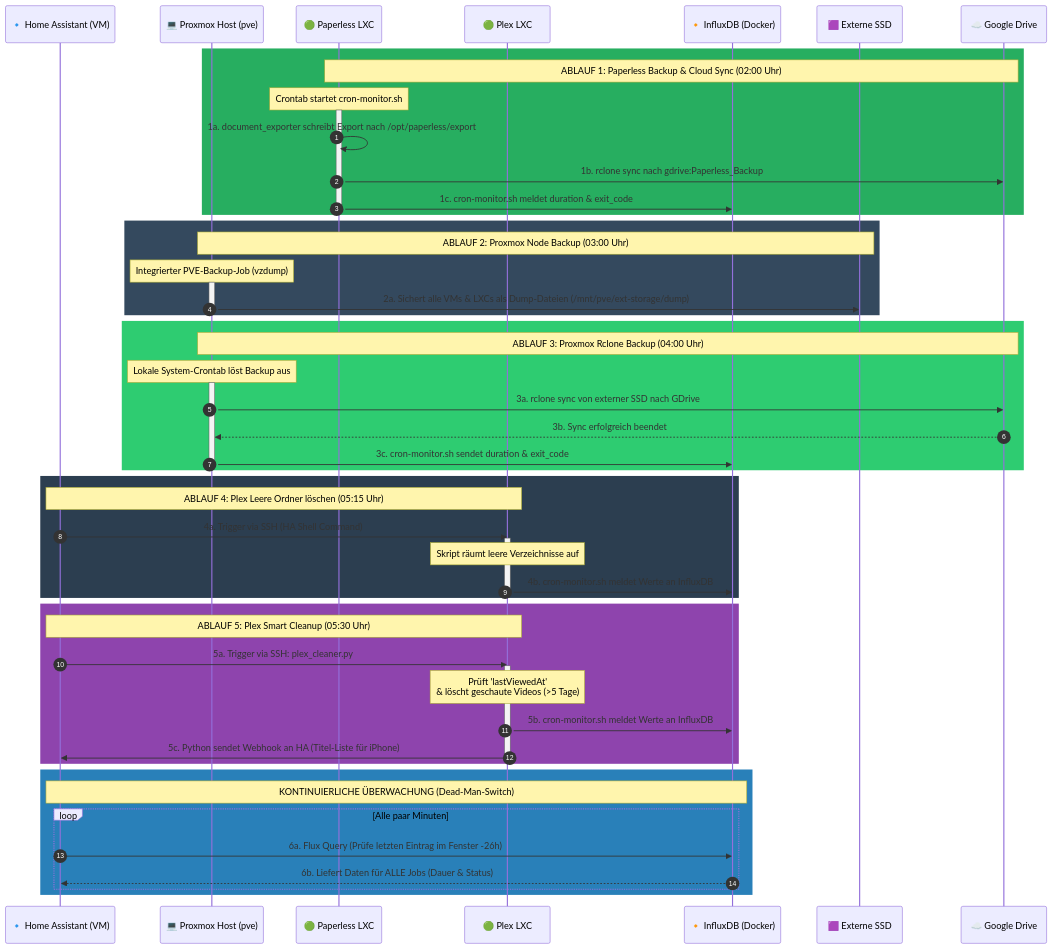
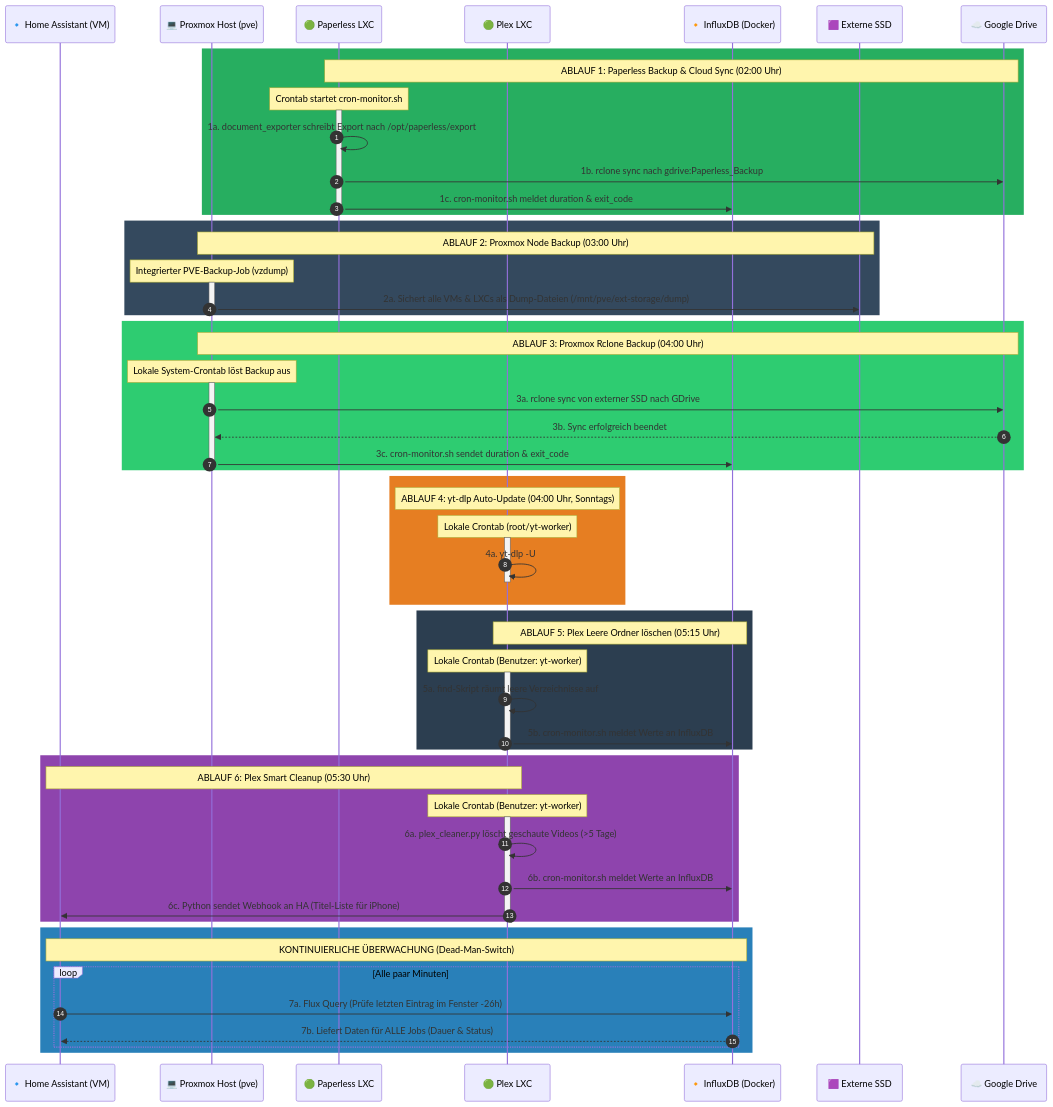
One commit to mxpfister/homelab-architecture changed the second of 7 diagrams in README.md. Above: the diagram before and after it, drawn with Mermaid. The commit also changed other lines of this file, not shown here.

Commit message:
adds update cronjob and migrates HA Cronjobs to crontab

````diff
--- a/README.md
+++ b/README.md
@@ -62,72 +63,81 @@
 ```mermaid
 sequenceDiagram
     autonumber
     participant HA as 🔹 Home Assistant (VM)
     participant PVE as 💻 Proxmox Host (pve)
     participant PaperlessLXC as 🟢 Paperless LXC
     participant PlexLXC as 🟢 Plex LXC
     participant Influx as 🔸 InfluxDB (Docker)
     participant SSD as 🟪 Externe SSD
     participant GDrive as ☁️ Google Drive
 
     %% --- ABLAUF 1: PAPERLESS EXPORT & SYNC (02:00 UHR) ---
     rect rgb(39, 174, 96)
         Note over PaperlessLXC, GDrive: ABLAUF 1: Paperless Backup & Cloud Sync (02:00 Uhr)
         Note over PaperlessLXC: Crontab startet cron-monitor.sh
         activate PaperlessLXC
         PaperlessLXC->>PaperlessLXC: 1a. document_exporter schreibt Export nach /opt/paperless/export
         PaperlessLXC->>GDrive: 1b. rclone sync nach gdrive:Paperless_Backup
         PaperlessLXC->>Influx: 1c. cron-monitor.sh meldet duration & exit_code
         deactivate PaperlessLXC
     end
 
     %% --- ABLAUF 2: PROXMOX VZDUMP BACKUP (03:00 UHR) ---
     rect rgb(52, 73, 94)
         Note over PVE, SSD: ABLAUF 2: Proxmox Node Backup (03:00 Uhr)
         Note over PVE: Integrierter PVE-Backup-Job (vzdump)
         activate PVE
         PVE->>SSD: 2a. Sichert alle VMs & LXCs als Dump-Dateien (/mnt/pve/ext-storage/dump)
         deactivate PVE
     end
 
     %% --- ABLAUF 3: PROXMOX RCLONE CLOUD SYNC (04:00 UHR) ---
     rect rgb(46, 204, 113)
         Note over PVE, GDrive: ABLAUF 3: Proxmox Rclone Backup (04:00 Uhr)
         Note over PVE: Lokale System-Crontab löst Backup aus
         activate PVE
         PVE->>GDrive: 3a. rclone sync von externer SSD nach GDrive
         GDrive-->>PVE: 3b. Sync erfolgreich beendet
         PVE->>Influx: 3c. cron-monitor.sh sendet duration & exit_code
         deactivate PVE
     end
 
-    %% --- ABLAUF 4: PLEX LEERE ORDNER LÖSCHEN (05:15 UHR) ---
-    rect rgb(44, 62, 80)
-        Note over HA, PlexLXC: ABLAUF 4: Plex Leere Ordner löschen (05:15 Uhr)
-        HA->>PlexLXC: 4a. Trigger via SSH (HA Shell Command)
+    %% --- ABLAUF 4: YT-DLP UPDATE (04:00 UHR, SONNTAGS) ---
+    rect rgb(230, 126, 34)
+        Note over PlexLXC: ABLAUF 4: yt-dlp Auto-Update (04:00 Uhr, Sonntags)
+        Note over PlexLXC: Lokale Crontab (root/yt-worker)
         activate PlexLXC
-        Note over PlexLXC: Skript räumt leere Verzeichnisse auf
-        PlexLXC->>Influx: 4b. cron-monitor.sh meldet Werte an InfluxDB
+        PlexLXC->>PlexLXC: 4a. yt-dlp -U
         deactivate PlexLXC
     end
 
-    %% --- ABLAUF 5: PLEX SMART CLEANUP (05:30 UHR) ---
+    %% --- ABLAUF 5: PLEX LEERE ORDNER LÖSCHEN (05:15 UHR) ---
+    rect rgb(44, 62, 80)
+        Note over PlexLXC, Influx: ABLAUF 5: Plex Leere Ordner löschen (05:15 Uhr)
+        Note over PlexLXC: Lokale Crontab (Benutzer: yt-worker)
+        activate PlexLXC
+        PlexLXC->>PlexLXC: 5a. find-Skript räumt leere Verzeichnisse auf
+        PlexLXC->>Influx: 5b. cron-monitor.sh meldet Werte an InfluxDB
+        deactivate PlexLXC
+    end
+
+    %% --- ABLAUF 6: PLEX SMART CLEANUP (05:30 UHR) ---
     rect rgb(142, 68, 173)
-        Note over HA, PlexLXC: ABLAUF 5: Plex Smart Cleanup (05:30 Uhr)
-        HA->>PlexLXC: 5a. Trigger via SSH: plex_cleaner.py
+        Note over PlexLXC, HA: ABLAUF 6: Plex Smart Cleanup (05:30 Uhr)
+        Note over PlexLXC: Lokale Crontab (Benutzer: yt-worker)
         activate PlexLXC
-        Note over PlexLXC: Prüft 'lastViewedAt'<br>& löscht geschaute Videos (>5 Tage)
-        PlexLXC->>Influx: 5b. cron-monitor.sh meldet Werte an InfluxDB
-        PlexLXC->>HA: 5c. Python sendet Webhook an HA (Titel-Liste für iPhone)
+        PlexLXC->>PlexLXC: 6a. plex_cleaner.py löscht geschaute Videos (>5 Tage)
+        PlexLXC->>Influx: 6b. cron-monitor.sh meldet Werte an InfluxDB
+        PlexLXC->>HA: 6c. Python sendet Webhook an HA (Titel-Liste für iPhone)
         deactivate PlexLXC
     end
 
     %% --- ABFRAGE-SCHLEIFE (DEAD-MAN-SWITCH) ---
     rect rgb(41, 128, 185)
         Note over HA, Influx: KONTINUIERLICHE ÜBERWACHUNG (Dead-Man-Switch)
         loop Alle paar Minuten
-            HA->>Influx: 6a. Flux Query (Prüfe letzten Eintrag im Fenster -26h)
-            Influx-->>HA: 6b. Liefert Daten für ALLE Jobs (Dauer & Status)
+            HA->>Influx: 7a. Flux Query (Prüfe letzten Eintrag im Fenster -26h)
+            Influx-->>HA: 7b. Liefert Daten für ALLE Jobs (Dauer & Status)
         end
     end
 ```
````
